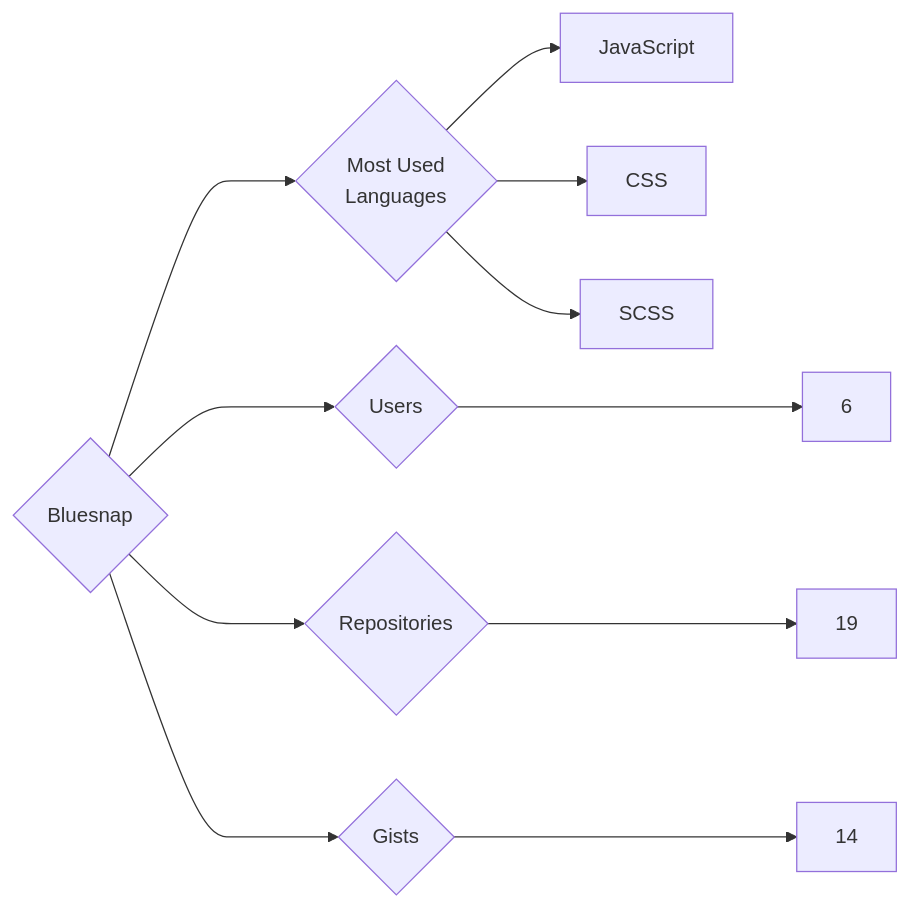
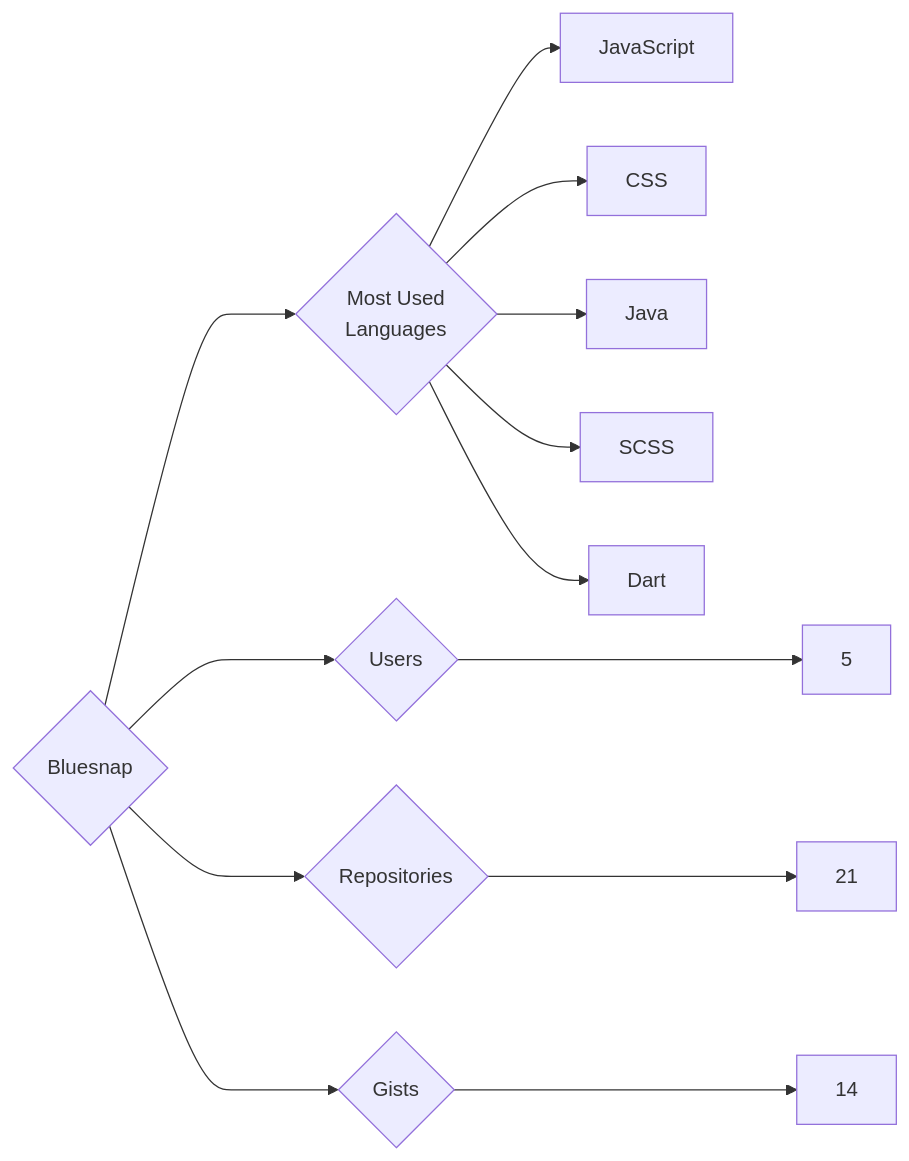
Before and after one commit to trickest/insiders: the diagram in targets/Bluesnap/README.md, drawn with Mermaid. The commit also changed 657 other files, not shown here.

````diff
--- a/targets/Bluesnap/README.md
+++ b/targets/Bluesnap/README.md
@@ -3,11 +3,13 @@
 ```mermaid
 graph LR
 COMPANY_NAME{Bluesnap}
-COMPANY_NAME ---> U{Users} ---> UN[6]
-COMPANY_NAME ---> R{Repositories} ---> RN[19]
+COMPANY_NAME ---> U{Users} ---> UN[5]
+COMPANY_NAME ---> R{Repositories} ---> RN[21]
 COMPANY_NAME ---> G{Gists} ---> GN[14]
 COMPANY_NAME ---> ML{Most Used<br>Languages}
 ML --> JavaScript[JavaScript]
 ML --> CSS[CSS]
+ML --> Java[Java]
 ML --> SCSS[SCSS]
+ML --> Dart[Dart]
 ```
````
